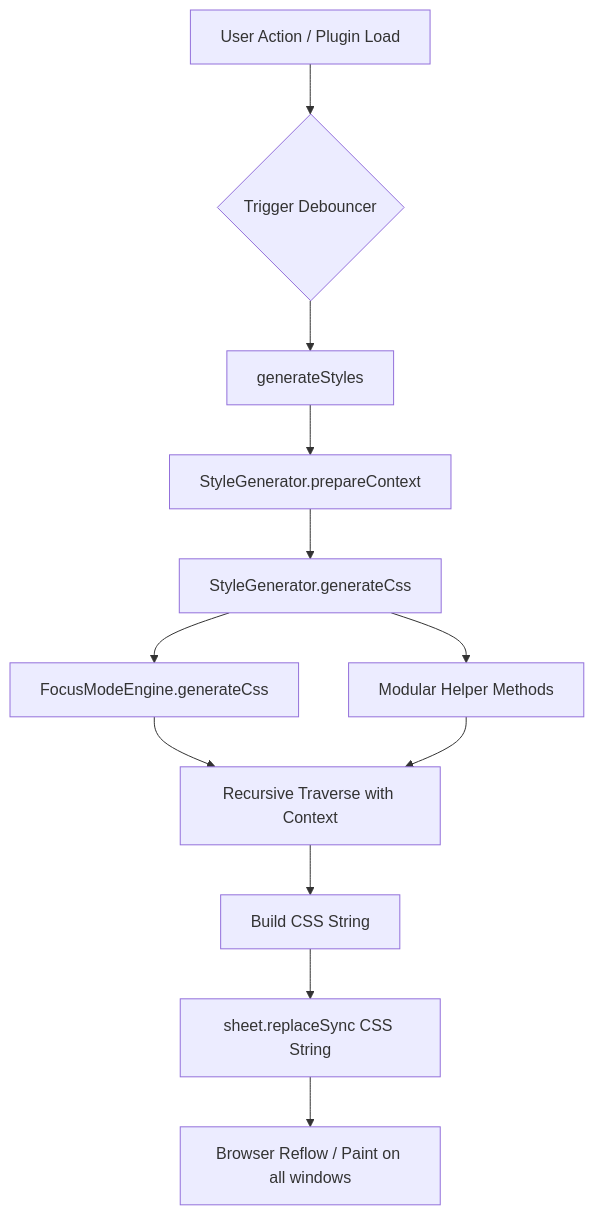
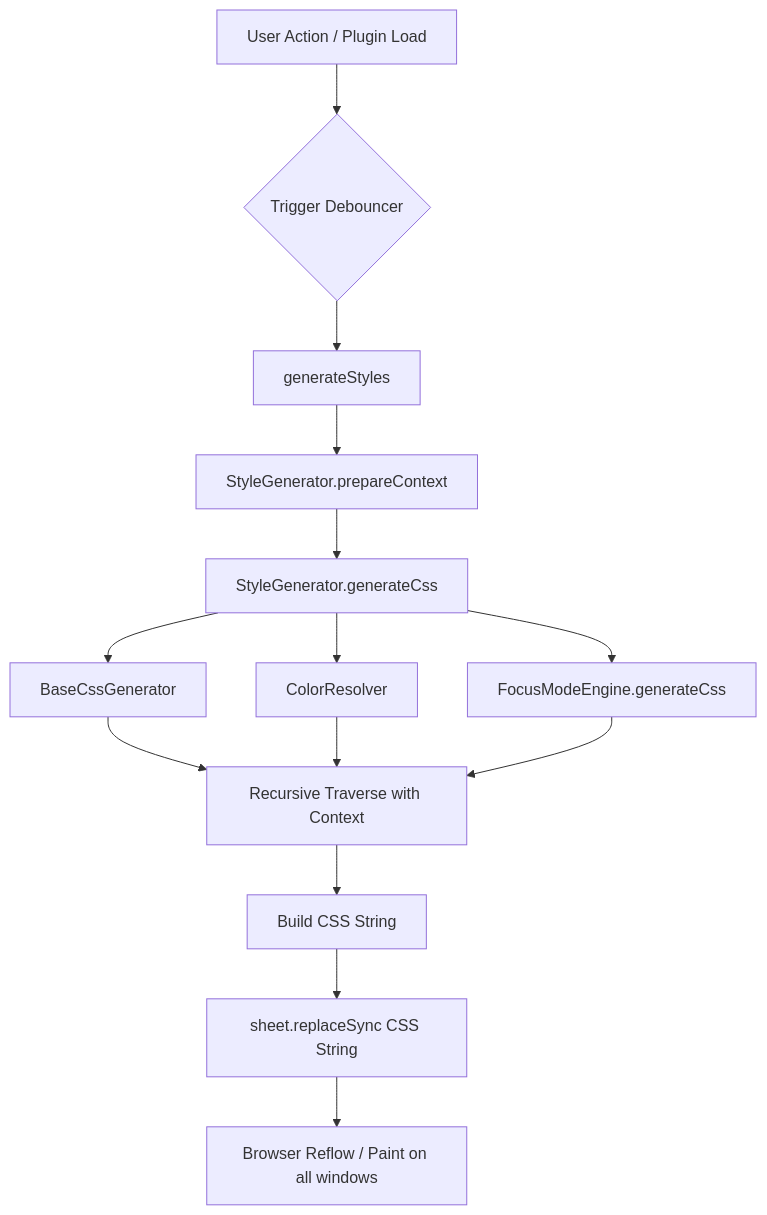
One commit to RohitNahar-Offical/colorful-folders-obsidian changed the first of 4 diagrams in docs/ARCHITECTURE.md. Above: the diagram before and after it, drawn with Mermaid. The commit also changed other lines of this file and 6 other files, not shown here.

Commit message:
docs: overhaul documentation for 4.2.0 modular architecture & startup performance fix

````diff
--- a/docs/ARCHITECTURE.md
+++ b/docs/ARCHITECTURE.md
@@ -16,14 +16,16 @@
 ```mermaid
 graph TD
     A[User Action / Plugin Load] --> B{Trigger Debouncer}
     B --> C[generateStyles]
     C --> D[StyleGenerator.prepareContext]
     D --> E[StyleGenerator.generateCss]
-    E --> F1[FocusModeEngine.generateCss]
-    E --> F2[Modular Helper Methods]
+    E --> F1[BaseCssGenerator]
+    E --> F2[ColorResolver]
+    E --> F3[FocusModeEngine.generateCss]
     F1 --> G[Recursive Traverse with Context]
     F2 --> G
+    F3 --> G
     G --> H[Build CSS String]
     H --> I[sheet.replaceSync CSS String]
     I --> J[Browser Reflow / Paint on all windows]
 ```
````
